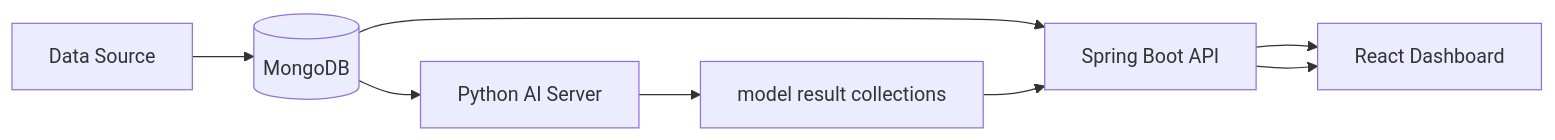
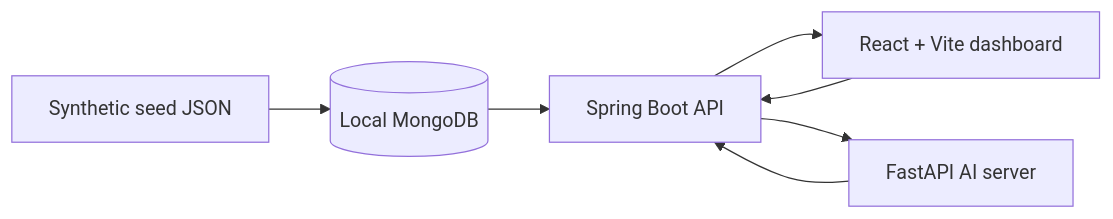
Before and after one commit to junhyuk-99/ml-studio-insight-view-demo: the diagram in README.md, drawn with Mermaid. The commit also changed other lines of this file and 26 other files, not shown here.

````diff
--- a/README.md
+++ b/README.md
@@ -20,10 +18,9 @@
 ```mermaid
 flowchart LR
-  Source[Data Source] --> Mongo[(MongoDB)]
+  Seed[Synthetic seed JSON] --> Mongo[(Local MongoDB)]
   Mongo --> API[Spring Boot API]
-  API --> Web[React Dashboard]
-  Mongo --> AI[Python AI Server]
-  AI --> Results[model result collections]
-  Results --> API
-  API --> Web
+  API --> Web[React + Vite dashboard]
+  Web --> API
+  API --> AI[FastAPI AI server]
+  AI --> API
 ```
````
